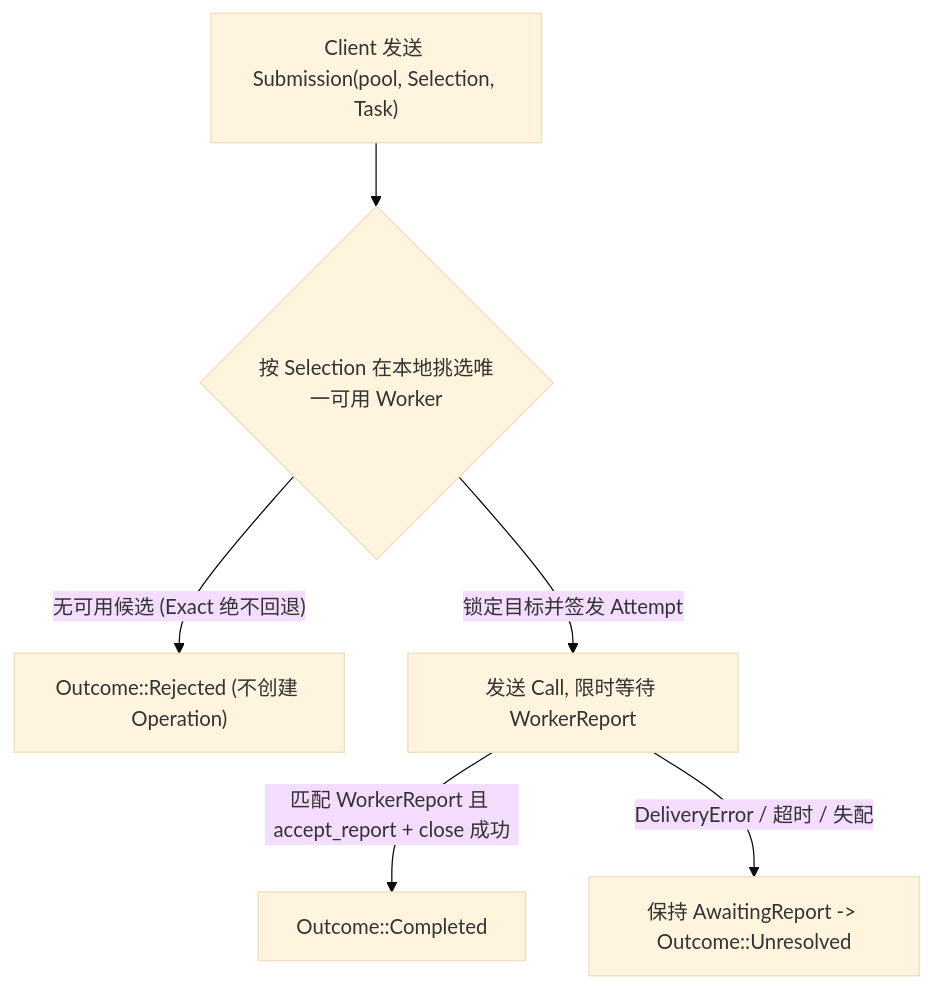
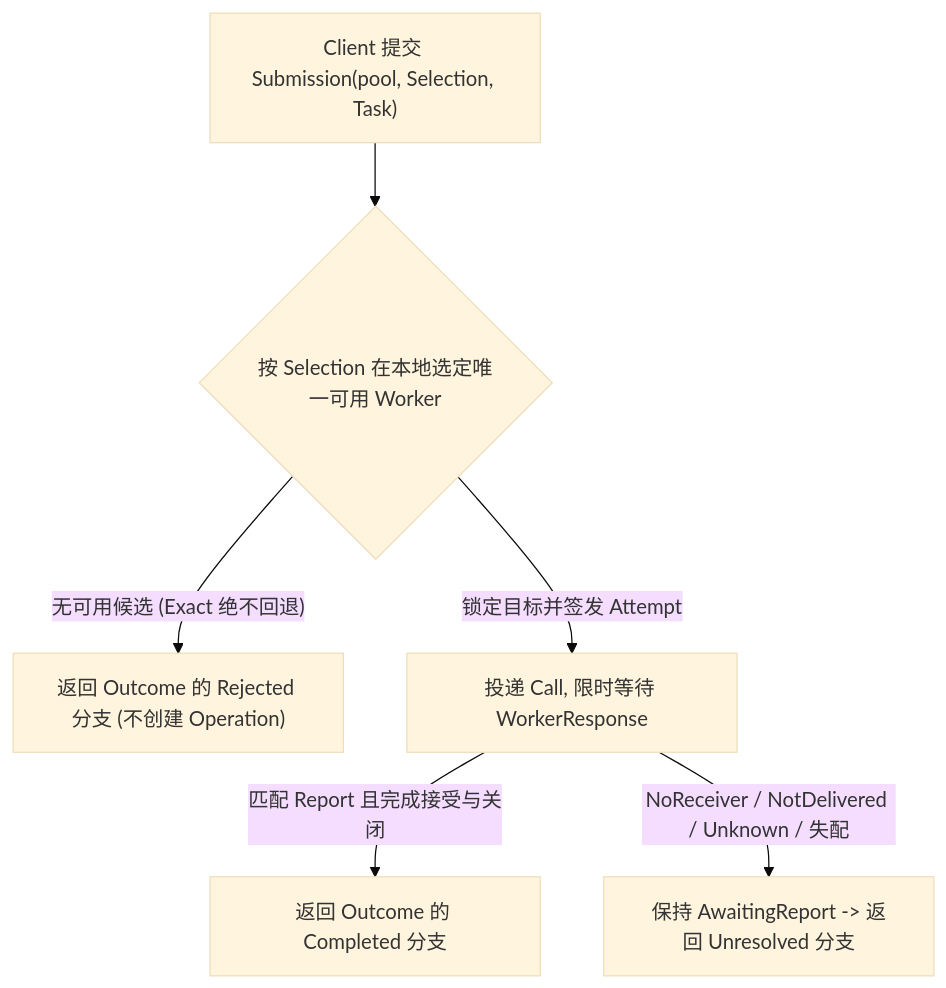
One commit to Everfold/Beamlet changed the first of 2 diagrams in spec/04-routing.md. Above: the diagram before and after it, drawn with Mermaid (base theme). The commit also changed other lines of this file and 10 other files, not shown here.

````diff
--- a/spec/04-routing.md
+++ b/spec/04-routing.md
@@ -23,8 +23,8 @@
 ```mermaid
 flowchart TD
-    Cmd["Client 发送 Submission(pool, Selection, Task)"] --> Pick{"按 Selection 在本地挑选唯一可用 Worker"}
-    Pick -->|"无可用候选 (Exact 绝不回退)"| OutRej["Outcome::Rejected (不创建 Operation)"]
-    Pick -->|"锁定目标并签发 Attempt"| Call["发送 Call, 限时等待 WorkerReport"]
-    Call -->|"匹配 WorkerReport 且 accept_report + close 成功"| OutOk["Outcome::Completed"]
-    Call -->|"DeliveryError / 超时 / 失配"| OutUnres["保持 AwaitingReport -> Outcome::Unresolved"]
+    Cmd["Client 提交 Submission(pool, Selection, Task)"] --> Pick{"按 Selection 在本地选定唯一可用 Worker"}
+    Pick -->|"无可用候选 (Exact 绝不回退)"| OutRej["返回 Outcome 的 Rejected 分支 (不创建 Operation)"]
+    Pick -->|"锁定目标并签发 Attempt"| Call["投递 Call, 限时等待 WorkerResponse"]
+    Call -->|"匹配 Report 且完成接受与关闭"| OutOk["返回 Outcome 的 Completed 分支"]
+    Call -->|"NoReceiver / NotDelivered / Unknown / 失配"| OutUnres["保持 AwaitingReport -> 返回 Unresolved 分支"]
 ```
````
